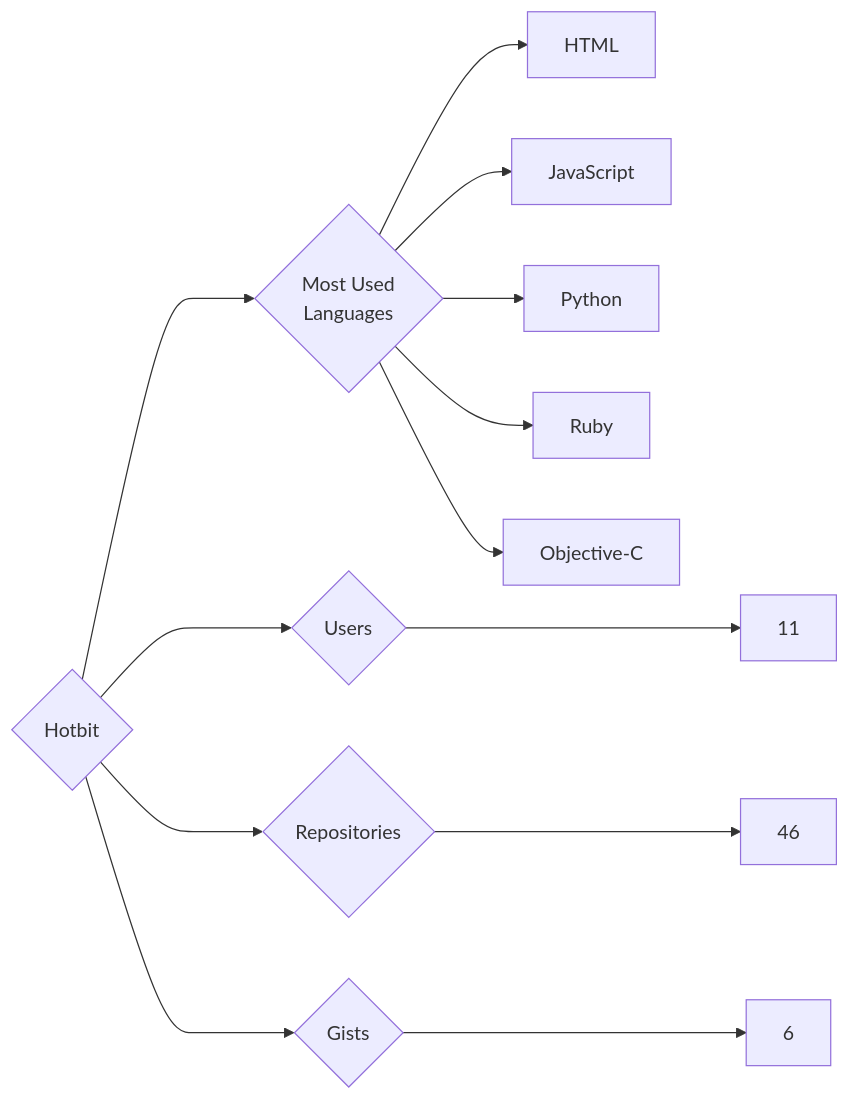
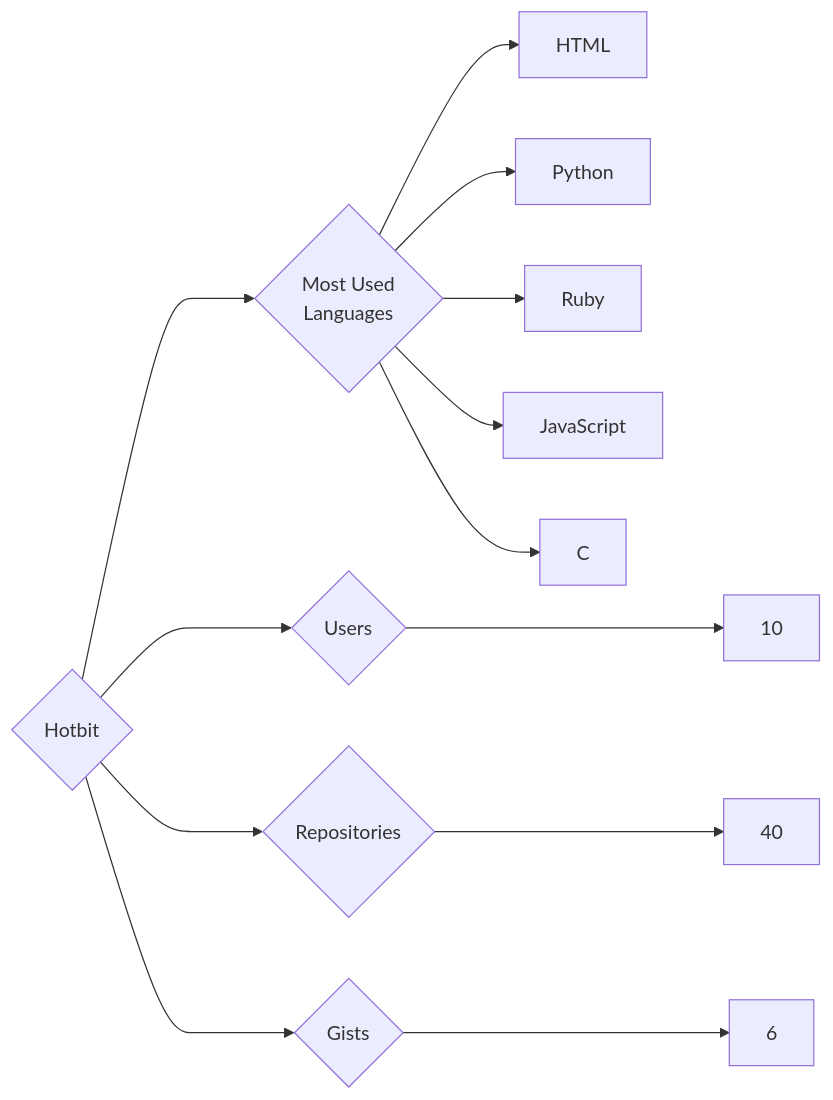
Before and after one commit to trickest/insiders: the diagram in targets/Hotbit/README.md, drawn with Mermaid. The commit also changed 985 other files, not shown here.

````diff
--- a/targets/Hotbit/README.md
+++ b/targets/Hotbit/README.md
@@ -3,13 +3,13 @@
 ```mermaid
 graph LR
 COMPANY_NAME{Hotbit}
-COMPANY_NAME ---> U{Users} ---> UN[11]
-COMPANY_NAME ---> R{Repositories} ---> RN[46]
+COMPANY_NAME ---> U{Users} ---> UN[10]
+COMPANY_NAME ---> R{Repositories} ---> RN[40]
 COMPANY_NAME ---> G{Gists} ---> GN[6]
 COMPANY_NAME ---> ML{Most Used<br>Languages}
 ML --> HTML[HTML]
-ML --> JavaScript[JavaScript]
 ML --> Python[Python]
 ML --> Ruby[Ruby]
-ML --> Objective-C[Objective-C]
+ML --> JavaScript[JavaScript]
+ML --> C[C]
 ```
````
